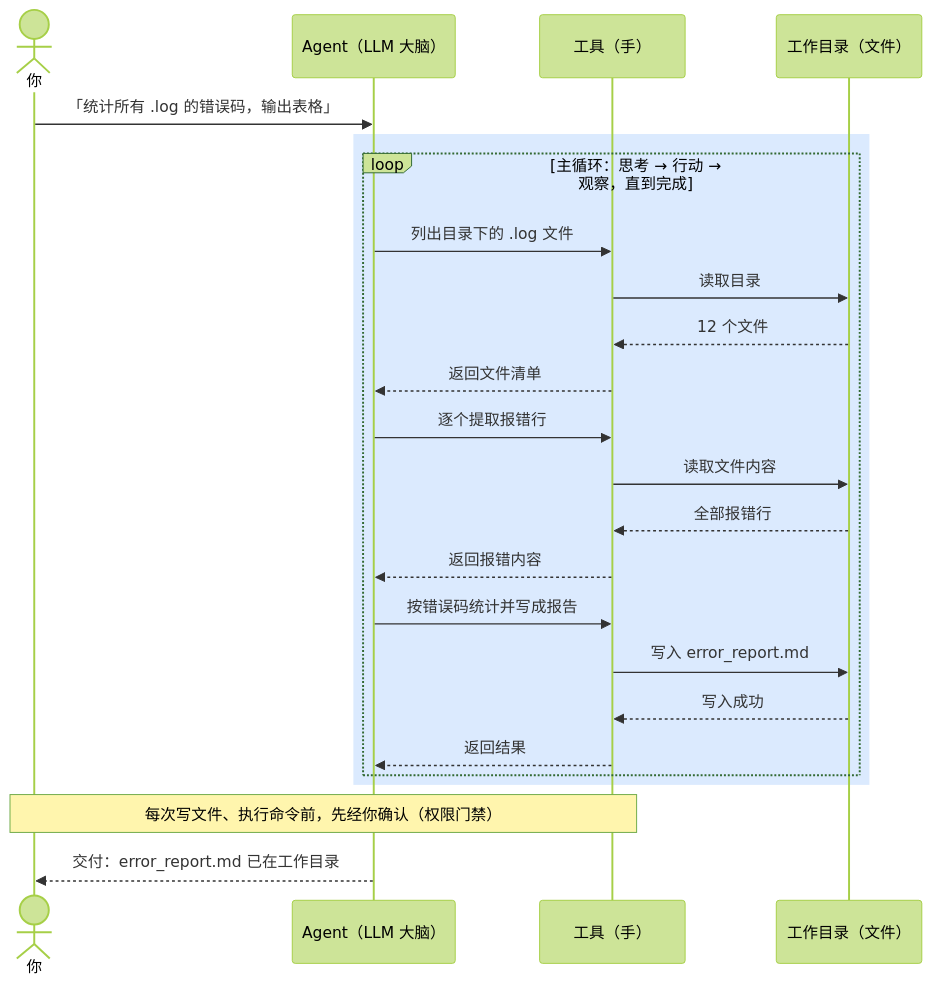
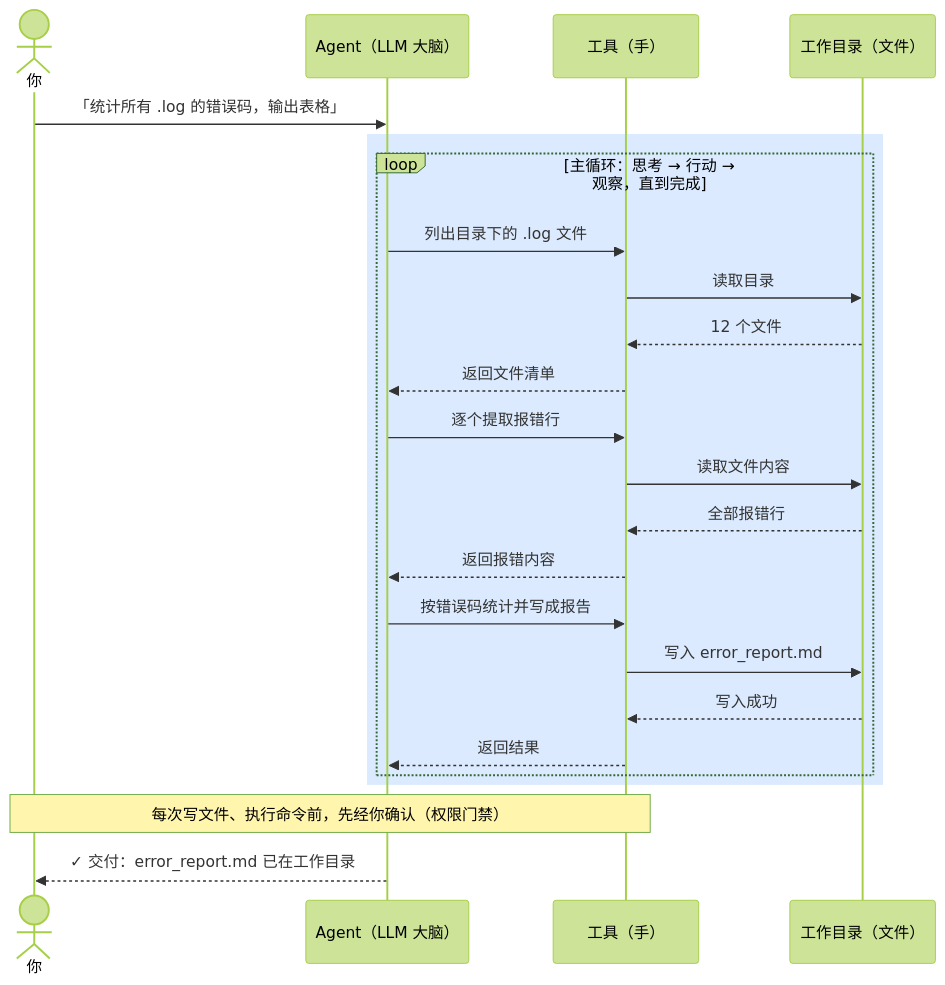
Before and after one commit to masonsxu/notes: the fourth of 10 diagrams in ppt/ppt1-intro/opencode-getting-started.md, drawn with Mermaid (forest theme). The commit also changed other lines of this file and 1 other file, not shown here.

First line of the commit message:
refactor: 依 design-doc-mermaid 标准重检全部图表（17→22 张）

````diff
--- a/ppt/ppt1-intro/opencode-getting-started.md
+++ b/ppt/ppt1-intro/opencode-getting-started.md
@@ -141,27 +168,27 @@
 ```mermaid
 sequenceDiagram
     actor U as 你
     participant A as Agent（LLM 大脑）
     participant T as 工具（手）
     participant D as 工作目录（文件）
 
     U->>A: 「统计所有 .log 的错误码，输出表格」
     rect rgb(219, 234, 254)
         loop 主循环：思考 → 行动 → 观察，直到完成
             A->>T: 列出目录下的 .log 文件
             T->>D: 读取目录
             D-->>T: 12 个文件
             T-->>A: 返回文件清单
             A->>T: 逐个提取报错行
             T->>D: 读取文件内容
             D-->>T: 全部报错行
             T-->>A: 返回报错内容
             A->>T: 按错误码统计并写成报告
             T->>D: 写入 error_report.md
             D-->>T: 写入成功
             T-->>A: 返回结果
         end
     end
     note over T,U: 每次写文件、执行命令前，先经你确认（权限门禁）
-    A-->>U: 交付：error_report.md 已在工作目录
+    A-->>U: ✓ 交付：error_report.md 已在工作目录
 ```
````
